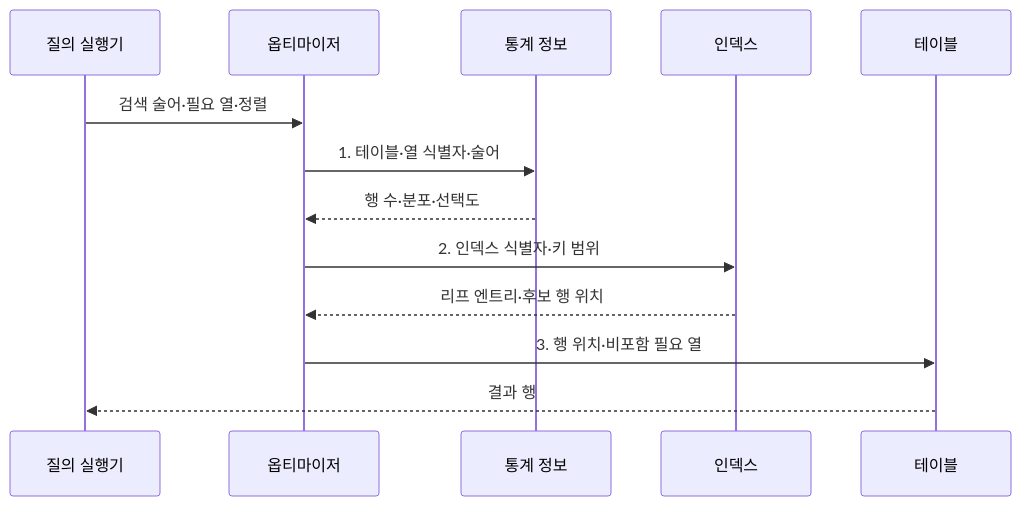
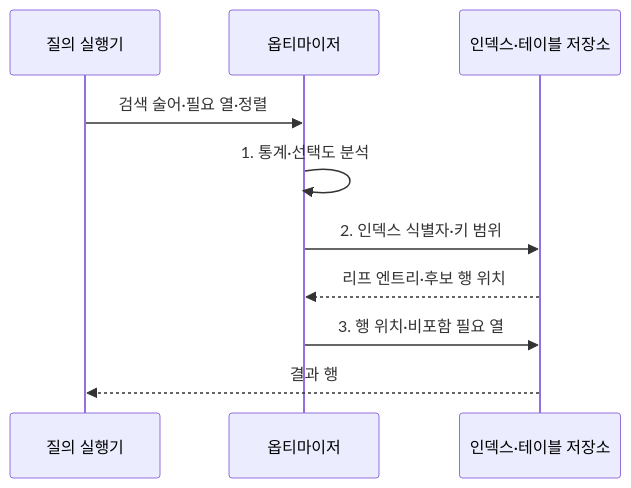
Before and after one commit to agnusdei1207/knowledge-base: the second of 2 diagrams in src/content/docs/notes/03-software/093_index_structure.md, drawn with Mermaid. The commit also changed other lines of this file and 8 other files, not shown here.

Commit message:
Simplify database execution diagrams

````diff
--- a/src/content/docs/notes/03-software/093_index_structure.md
+++ b/src/content/docs/notes/03-software/093_index_structure.md
@@ -97,15 +97,12 @@
 ```mermaid
 sequenceDiagram
     participant Q as 질의 실행기
     participant O as 옵티마이저
-    participant S as 통계 정보
-    participant I as 인덱스
-    participant T as 테이블
+    participant D as 인덱스·테이블 저장소
     Q->>O: 검색 술어·필요 열·정렬
-    O->>S: 1. 테이블·열 식별자·술어
-    S-->>O: 행 수·분포·선택도
-    O->>I: 2. 인덱스 식별자·키 범위
-    I-->>O: 리프 엔트리·후보 행 위치
-    O->>T: 3. 행 위치·비포함 필요 열
-    T-->>Q: 결과 행
+    O->>O: 1. 통계·선택도 분석
+    O->>D: 2. 인덱스 식별자·키 범위
+    D-->>O: 리프 엔트리·후보 행 위치
+    O->>D: 3. 행 위치·비포함 필요 열
+    D-->>Q: 결과 행
 ```
````
